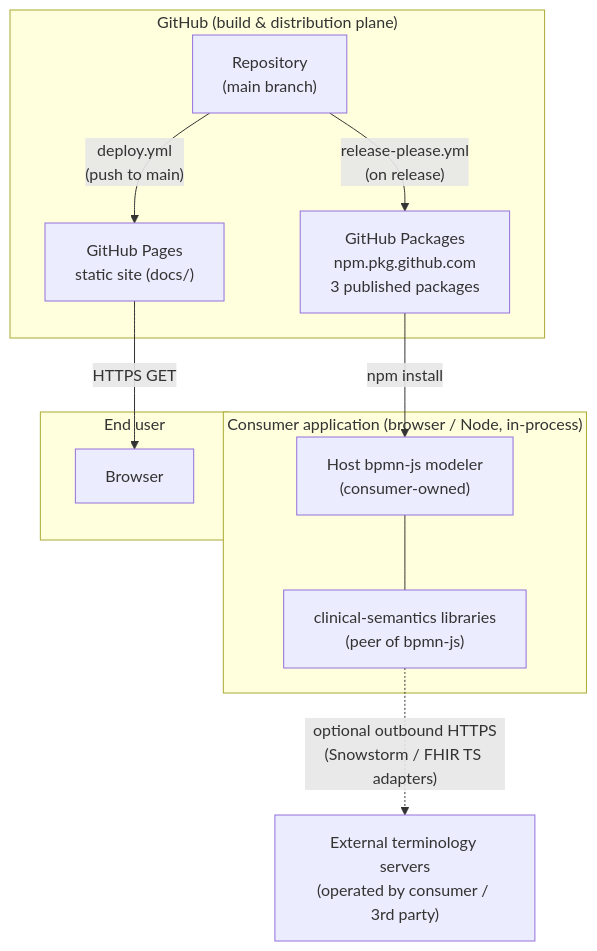
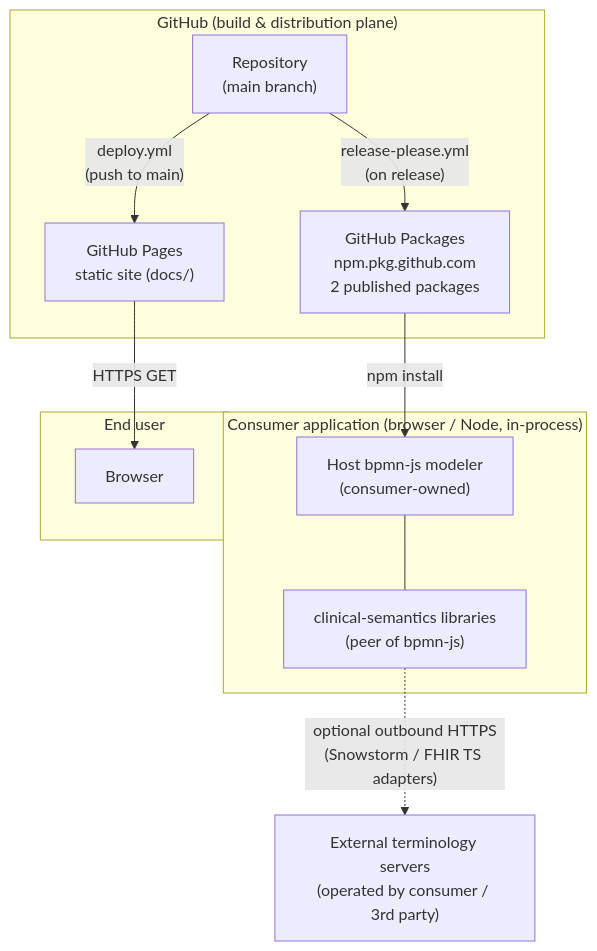
One commit to forschungsgruppe-digital-health/bpmn-js-clinical-semantics changed the diagram in architecture/07_deployment_view.md. Above: the diagram before and after it, drawn with Mermaid. The commit also changed other lines of this file and 34 other files, not shown here.

````diff
--- a/architecture/07_deployment_view.md
+++ b/architecture/07_deployment_view.md
@@ -30,25 +30,25 @@
 ```mermaid
 graph TD
     subgraph "GitHub (build & distribution plane)"
         REPO["Repository<br/>(main branch)"]
-        GHP["GitHub Packages<br/>npm.pkg.github.com<br/>3 published packages"]
+        GHP["GitHub Packages<br/>npm.pkg.github.com<br/>2 published packages"]
         PAGES["GitHub Pages<br/>static site (docs/)"]
         REPO -- "release-please.yml<br/>(on release)" --> GHP
         REPO -- "deploy.yml<br/>(push to main)" --> PAGES
     end
 
     subgraph "Consumer application (browser / Node, in-process)"
         HOST["Host bpmn-js modeler<br/>(consumer-owned)"]
         LIBS["clinical-semantics libraries<br/>(peer of bpmn-js)"]
         HOST --- LIBS
     end
 
     subgraph "End user"
         BROWSER["Browser"]
     end
 
     GHP -- "npm install" --> HOST
     PAGES -- "HTTPS GET" --> BROWSER
 
     LIBS -. "optional outbound HTTPS<br/>(Snowstorm / FHIR TS adapters)" .-> EXT["External terminology servers<br/>(operated by consumer / 3rd party)"]
 ```
````
